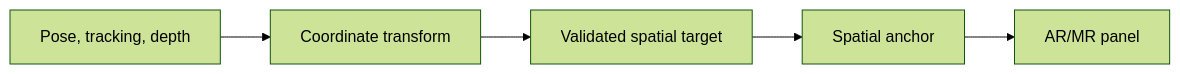
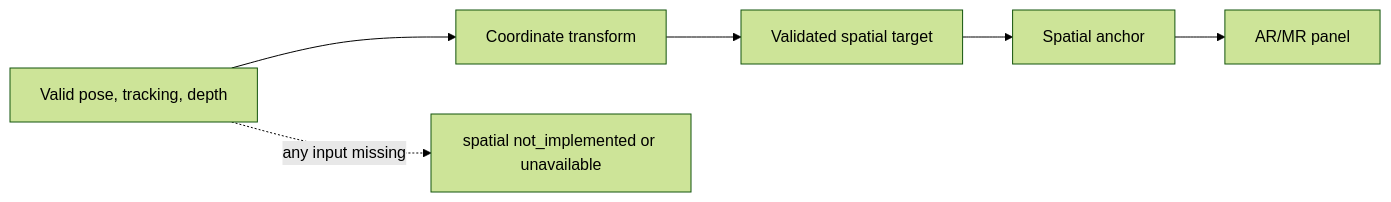
Before and after one commit to TKJ-Networkers31/VISTA_Project: the ninth of 9 diagrams in docs/PROCESS_FLOWS.md, drawn with Mermaid (forest theme). The commit also changed other lines of this file and 44 other files, not shown here.

````diff
--- a/docs/PROCESS_FLOWS.md
+++ b/docs/PROCESS_FLOWS.md
@@ -51,4 +102,5 @@
 ```mermaid
 flowchart LR
-  POSE[Pose, tracking, depth] --> TF[Coordinate transform] --> TGT[Validated spatial target] --> ANC[Spatial anchor] --> PANEL[AR/MR panel]
+  P[Valid pose, tracking, depth] --> T[Coordinate transform] --> V[Validated spatial target] --> A[Spatial anchor] --> PN[AR/MR panel]
+  P -.->|any input missing| U[spatial not_implemented or unavailable]
 ```
````
